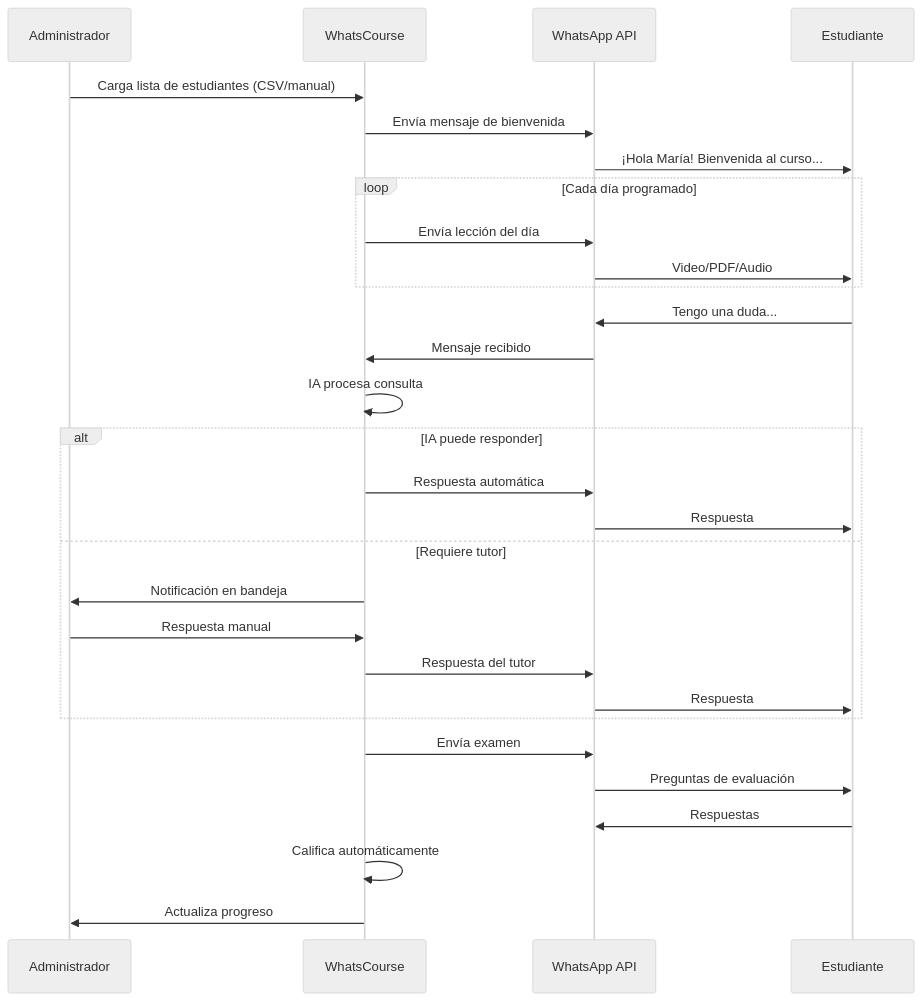
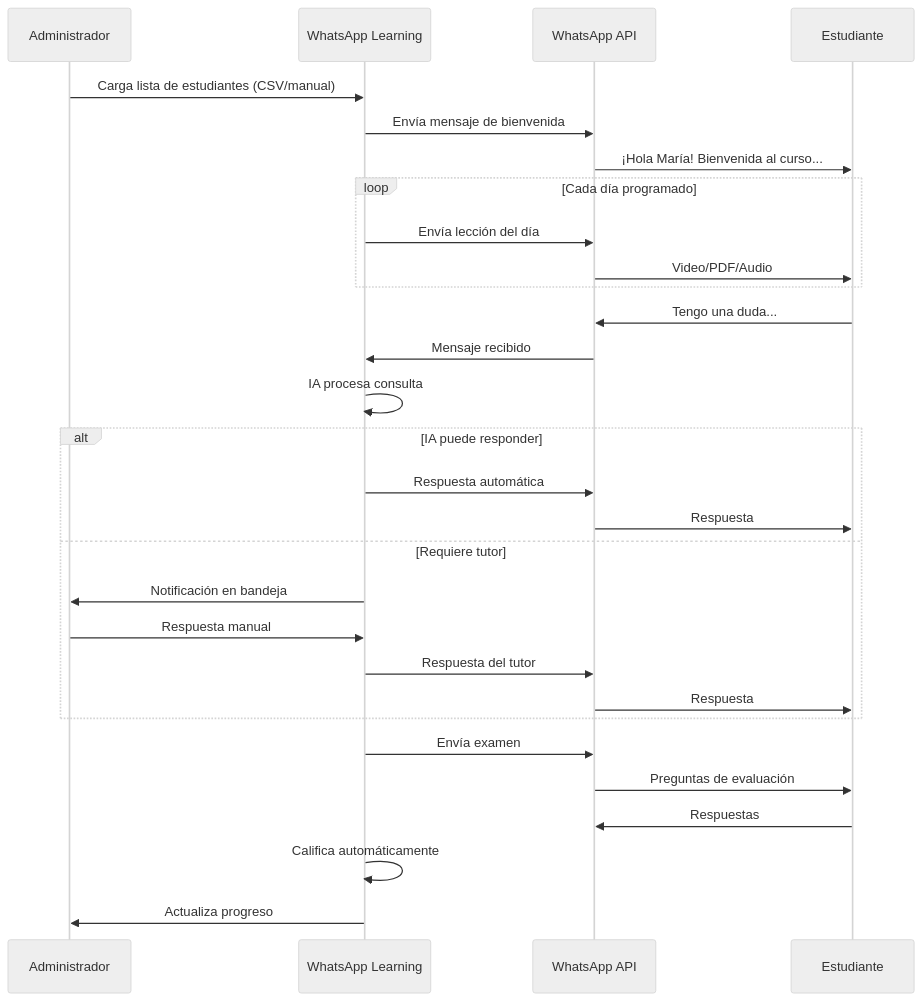
Before and after one commit to erikaluciafuertes/Project-Proposals: the diagram in whats-course/diagrams/flujo-usuario.mmd, drawn with Mermaid (neutral theme). The commit also changed 4 other files, not shown here.

Commit message:
Rename project from WhatsCourse to WhatsApp Learning across documentation and diagrams.

```diff
--- a/whats-course/diagrams/flujo-usuario.mmd
+++ b/whats-course/diagrams/flujo-usuario.mmd
@@ -1,33 +1,33 @@
 sequenceDiagram
     participant Admin as Administrador
-    participant Sistema as WhatsCourse
+    participant Sistema as WhatsApp Learning
     participant WA as WhatsApp API
     participant User as Estudiante
     
     Admin->>Sistema: Carga lista de estudiantes (CSV/manual)
     Sistema->>WA: Envía mensaje de bienvenida
     WA->>User: ¡Hola María! Bienvenida al curso...
     
     loop Cada día programado
         Sistema->>WA: Envía lección del día
         WA->>User: Video/PDF/Audio
     end
     
     User->>WA: Tengo una duda...
     WA->>Sistema: Mensaje recibido
     Sistema->>Sistema: IA procesa consulta
     alt IA puede responder
         Sistema->>WA: Respuesta automática
         WA->>User: Respuesta
     else Requiere tutor
         Sistema->>Admin: Notificación en bandeja
         Admin->>Sistema: Respuesta manual
         Sistema->>WA: Respuesta del tutor
         WA->>User: Respuesta
     end
     
     Sistema->>WA: Envía examen
     WA->>User: Preguntas de evaluación
     User->>WA: Respuestas
     Sistema->>Sistema: Califica automáticamente
     Sistema->>Admin: Actualiza progreso
```
